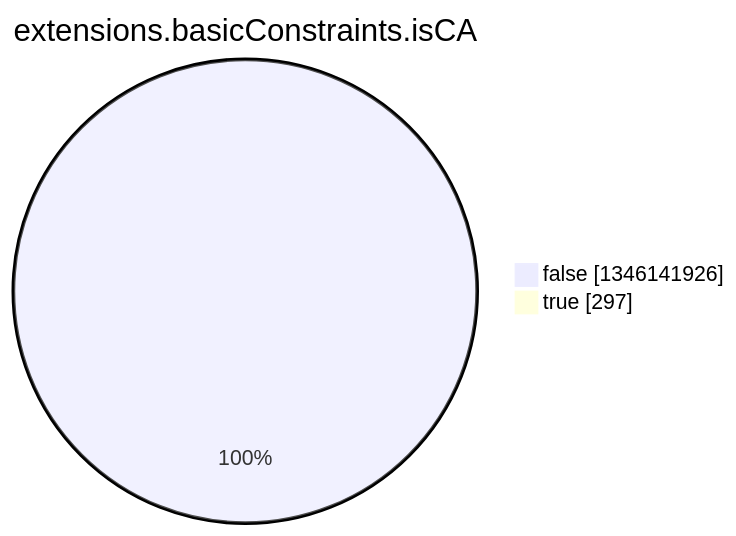
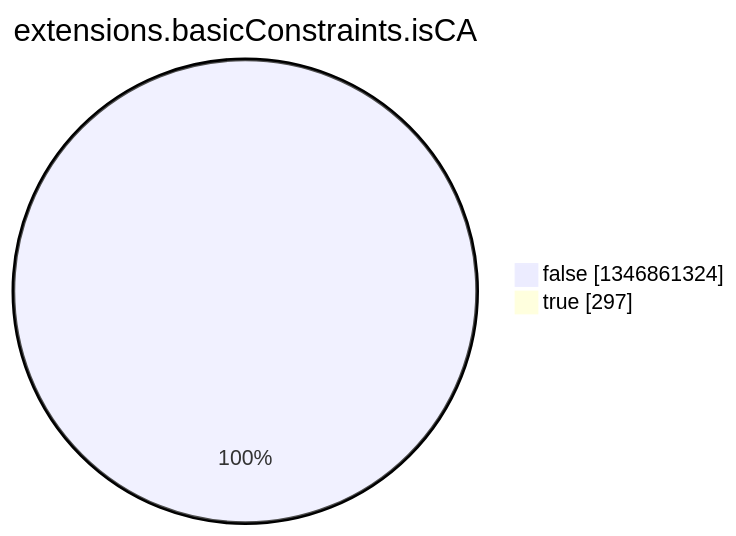
One commit to christiankrug/ctmonitor_visualization changed the eighth of 15 diagrams in argon2022/README.md. Above: the diagram before and after it, drawn with Mermaid. The commit also changed other lines of this file, not shown here.

````diff
--- a/argon2022/README.md
+++ b/argon2022/README.md
@@ -2758,6 +2758,6 @@
 ```mermaid
 pie showData
 title extensions.basicConstraints.isCA
-"false" :1346141926
+"false" :1346861324
 "true" :297
 ```
````
